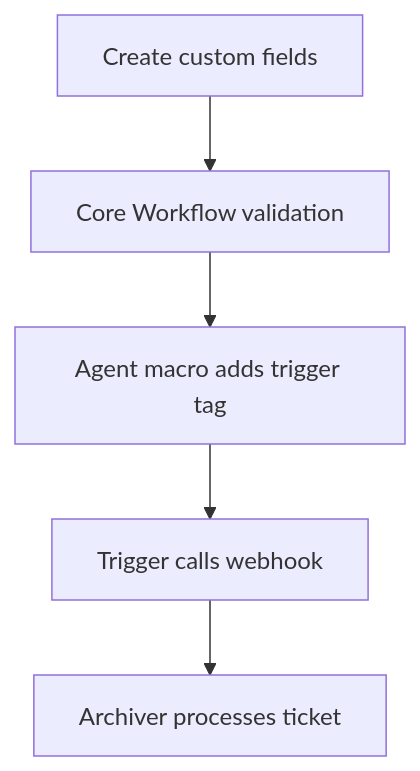
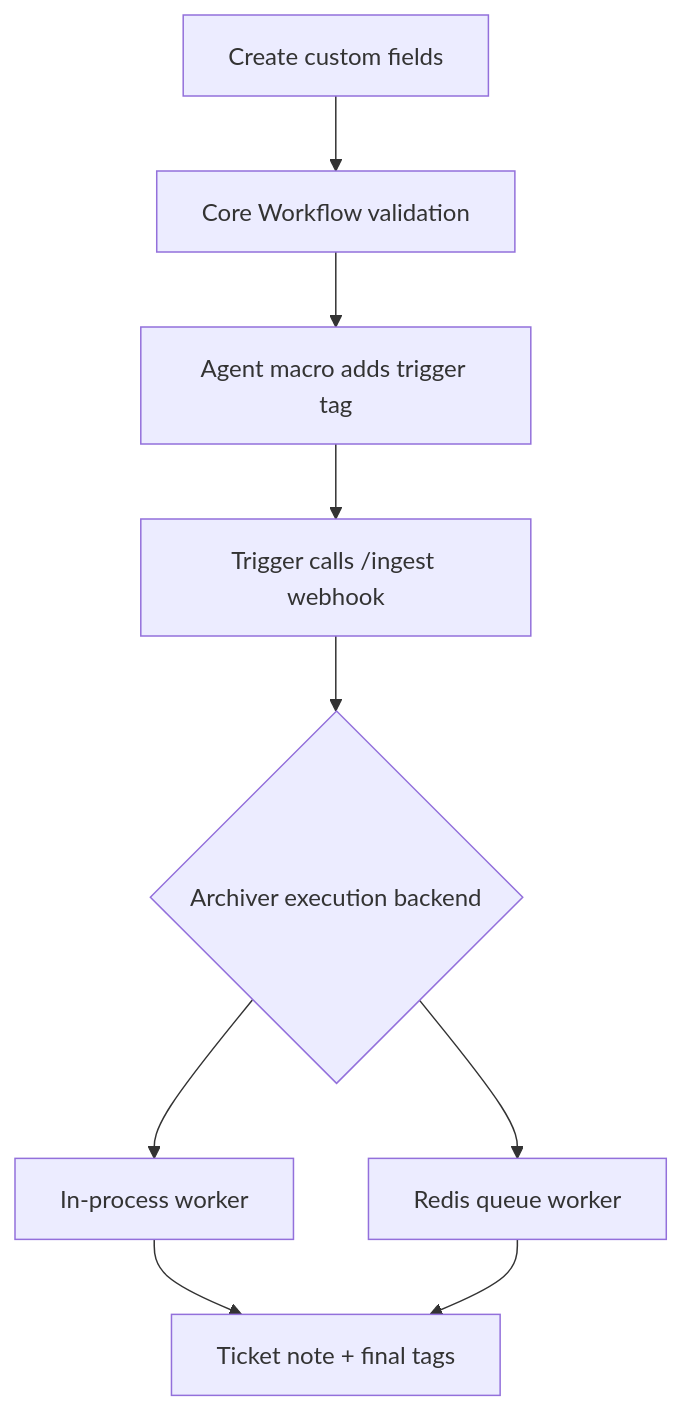
One commit to sebastianspicker/zammad-ticket-archiver changed the diagram in docs/02-zammad-setup.md. Above: the diagram before and after it, drawn with Mermaid. The commit also changed 29 other files, not shown here.

````diff
--- a/docs/02-zammad-setup.md
+++ b/docs/02-zammad-setup.md
@@ -5,7 +5,11 @@
 ```mermaid
 flowchart TD
   A["Create custom fields"] --> B["Core Workflow validation"]
   B --> C["Agent macro adds trigger tag"]
-  C --> D["Trigger calls webhook"]
-  D --> E["Archiver processes ticket"]
+  C --> D["Trigger calls /ingest webhook"]
+  D --> E{"Archiver execution backend"}
+  E --> F["In-process worker"]
+  E --> G["Redis queue worker"]
+  F --> H["Ticket note + final tags"]
+  G --> H
 ```
````
